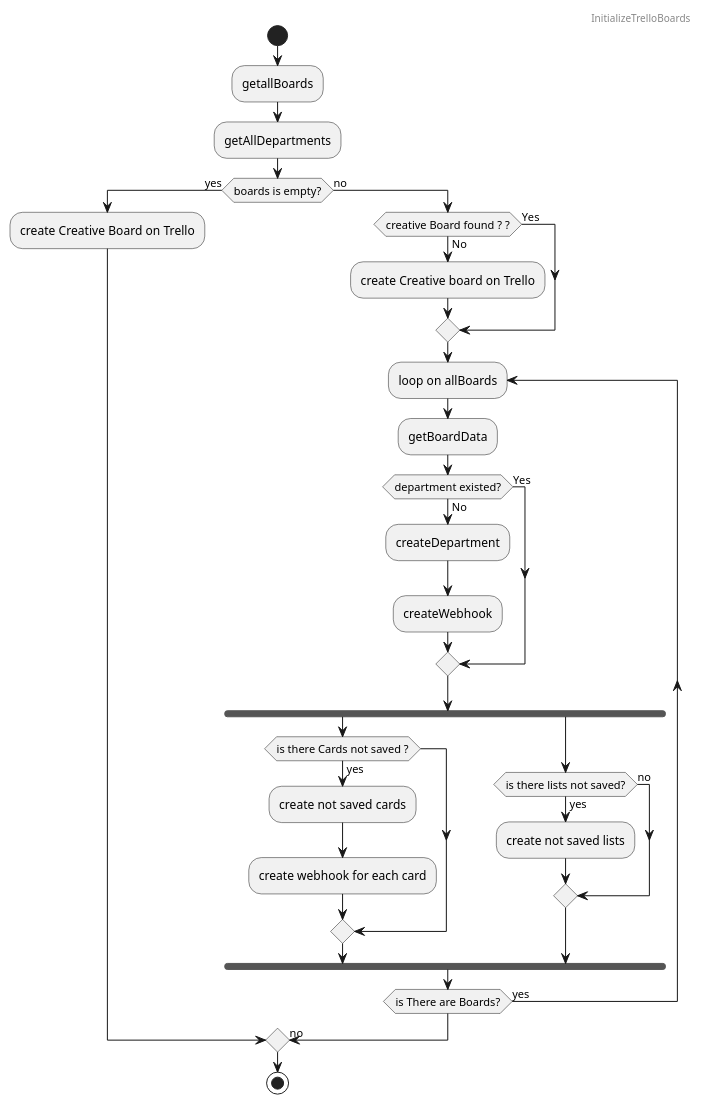
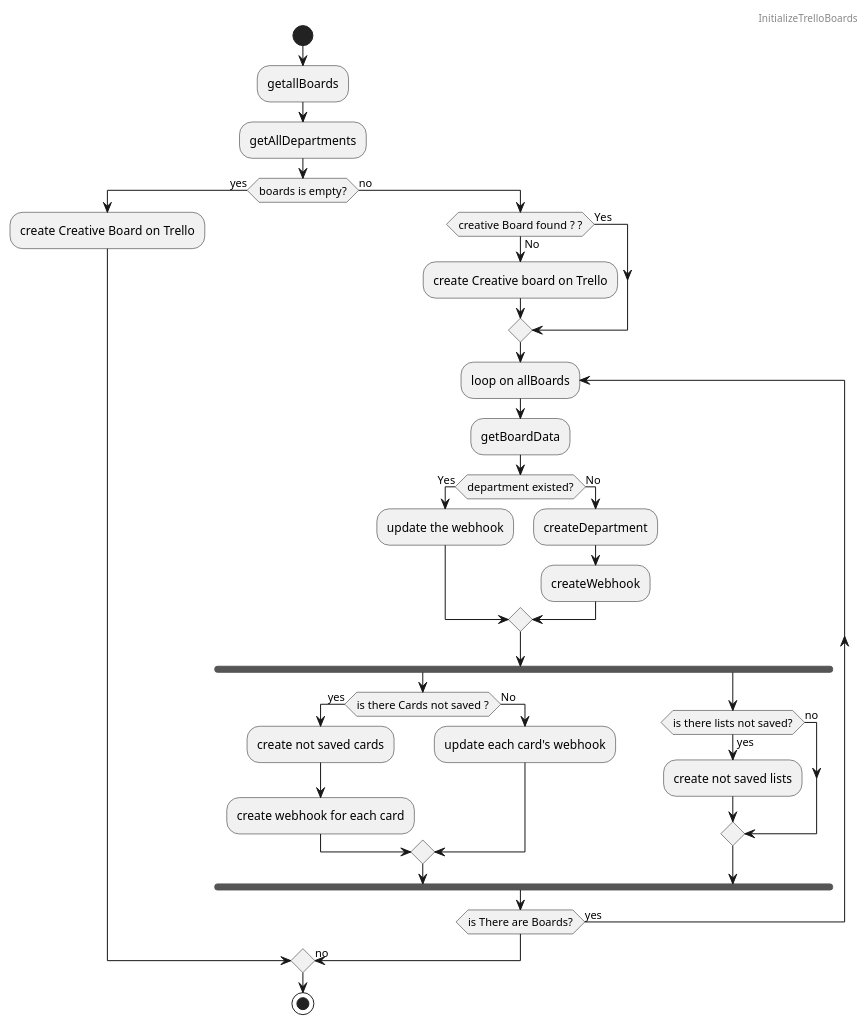
Before and after one commit to elzalouy/TTP-B: the fourth of 5 diagrams in src/lib/startup/db/dbConnect.wsd, drawn with PlantUML. The commit also changed 3 other files, not shown here.

```diff
--- a/src/lib/startup/db/dbConnect.wsd
+++ b/src/lib/startup/db/dbConnect.wsd
@@ -66,36 +66,39 @@
 @startuml initializeTrelloBoards
 header InitializeTrelloBoards
 start  
 :getallBoards;
 :getAllDepartments;
 if (boards is empty?) then (yes)
   :create Creative Board on Trello; 
 else (no)
   if (creative Board found ? ?) then (No)
     :create Creative board on Trello;
   else (Yes)
     
   endif
 repeat :loop on allBoards;
   :getBoardData;
   if (department existed?) then (Yes)
+  :update the webhook;
   else (No)
     :createDepartment;
     :createWebhook;
   endif
   fork
     if (is there Cards not saved ?) then (yes)
     :create not saved cards;
     :create webhook for each card;
+    else (No)
+    :update each card's webhook;
     endif
   fork again
     if (is there lists not saved?) then (yes)
       :create not saved lists;
     else (no)
     endif
   end fork
 repeat while (is There are Boards?) is (yes)
 ->no;
 endif
 stop
 @enduml
```
